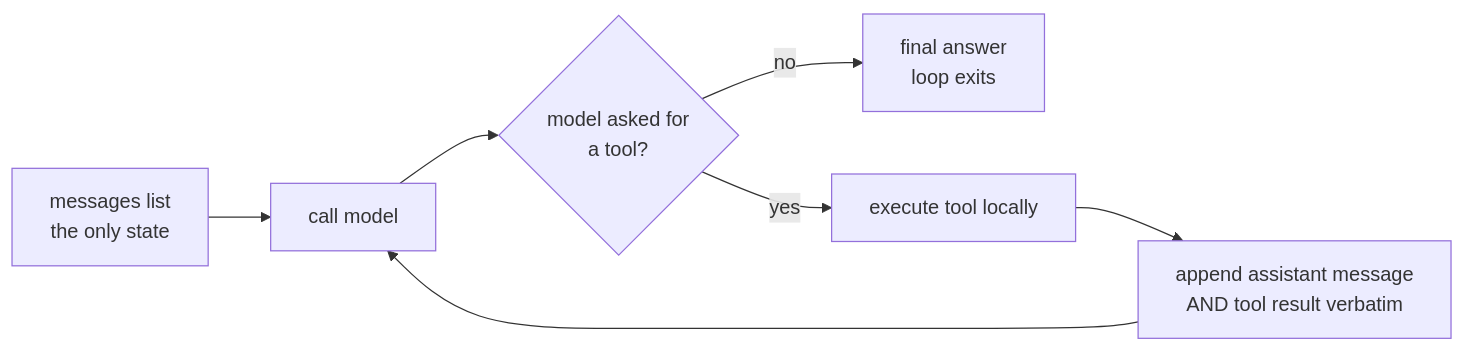
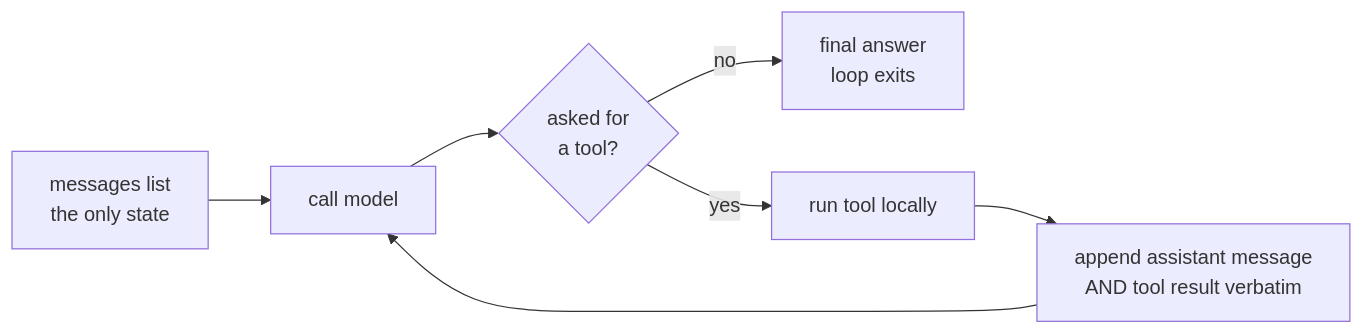
Before and after one commit to macayaven/agent-harness-path: the diagram in lessons/src/S01-agent-loop.md, drawn with Mermaid. The commit also changed other lines of this file and 1 other file, not shown here.

First line of the commit message:
feat(s01): rewrite the lesson in arc shape, café domain, live model

````diff
--- a/lessons/src/S01-agent-loop.md
+++ b/lessons/src/S01-agent-loop.md
@@ -32,9 +46,9 @@
 ```mermaid
 flowchart LR
     M[messages list<br/>the only state] --> C[call model]
-    C --> D{model asked for<br/>a tool?}
+    C --> D{asked for<br/>a tool?}
     D -- no --> E[final answer<br/>loop exits]
-    D -- yes --> X[execute tool locally]
+    D -- yes --> X[run tool locally]
     X --> A[append assistant message<br/>AND tool result verbatim]
     A --> C
 ```
````
